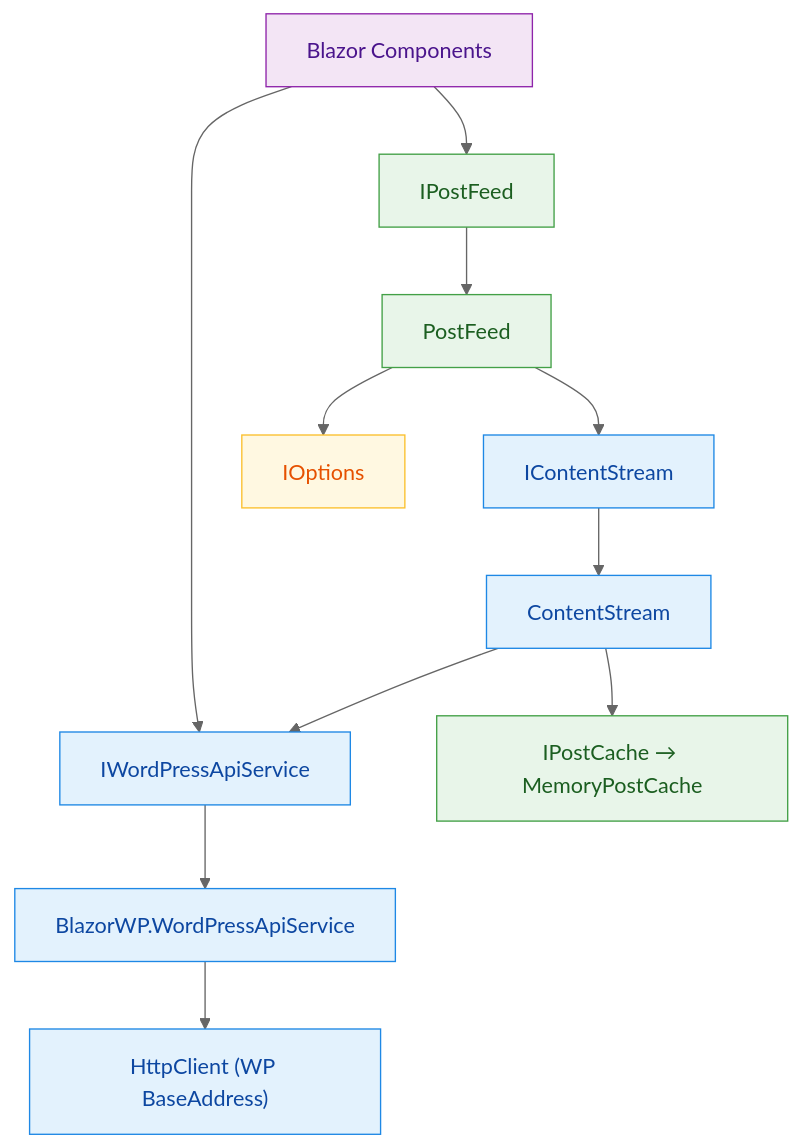
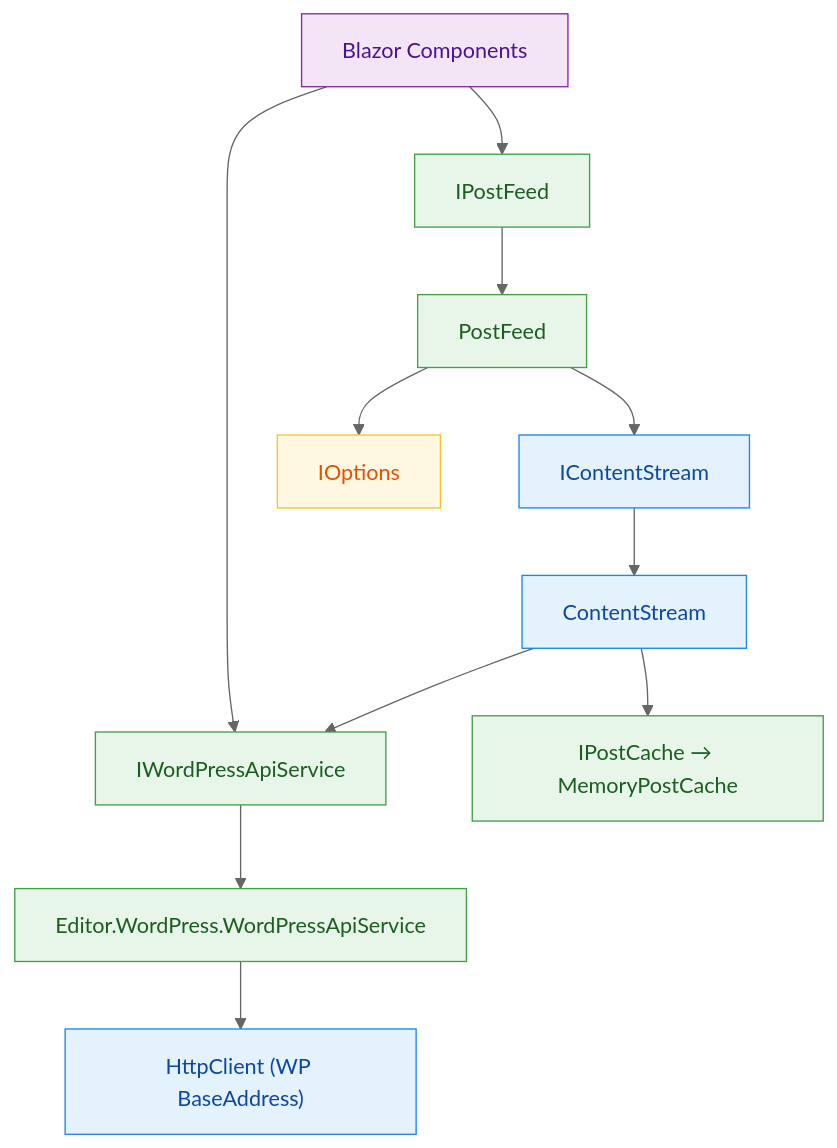
Before and after one commit to tng-coop/wp-yasuaki: the second of 2 diagrams in e2e/blazor_wp_di_hierarchy_mermaid.md, drawn with Mermaid (neutral theme). The commit also changed other lines of this file and 13 other files, not shown here.

Commit message:
Unify WordPress API service and adopt .NET 9 HTTP features

````diff
--- a/e2e/blazor_wp_di_hierarchy_mermaid.md
+++ b/e2e/blazor_wp_di_hierarchy_mermaid.md
@@ -47,36 +43,36 @@
 ```mermaid
 graph TD
   classDef scoped fill:#e3f2fd,stroke:#1e88e5,color:#0d47a1;
   classDef singleton fill:#e8f5e9,stroke:#43a047,color:#1b5e20;
   classDef options fill:#fff8e1,stroke:#fbc02d,color:#e65100;
   classDef component fill:#f3e5f5,stroke:#8e24aa,color:#4a148c;
 
   C["Blazor Components"]:::component
 
-  IApi["IWordPressApiService"]:::scoped
-  Api["BlazorWP.WordPressApiService"]:::scoped
+  IApi["IWordPressApiService"]:::singleton
+  Api["Editor.WordPress.WordPressApiService"]:::singleton
   HCWP["HttpClient (WP BaseAddress)"]:::scoped
 
   IFeed["IPostFeed"]:::singleton
   Feed["PostFeed"]:::singleton
   IStream["IContentStream"]:::scoped
   Stream["ContentStream"]:::scoped
   Cache["IPostCache → MemoryPostCache"]:::singleton
   SOpts["IOptions<StreamOptions>"]:::options
 
   %% Consumers
   C --> IFeed
   C --> IApi
 
   %% Feed wiring
   IFeed --> Feed
   Feed --> IStream
   Feed --> SOpts
 
   IStream --> Stream
   Stream --> IApi
   Stream --> Cache
 
   IApi --> Api
   Api --> HCWP
 ```
````
